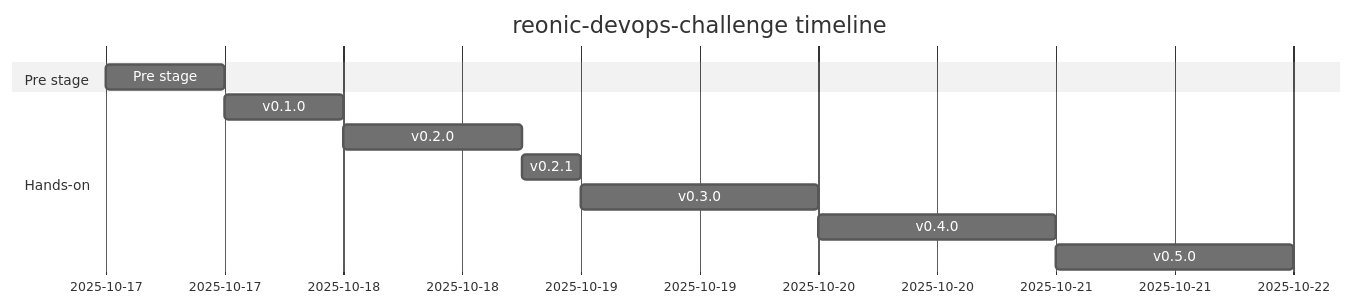
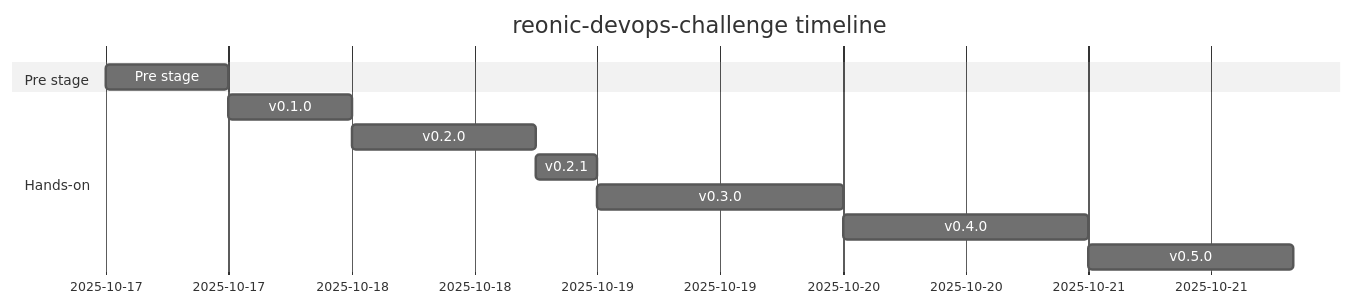
One commit to whisperpine/reonic-devops-challenge changed the diagram in SUBMISSION.md. Above: the diagram before and after it, drawn with Mermaid (neutral theme). The commit also changed other lines of this file, not shown here.

````diff
--- a/SUBMISSION.md
+++ b/SUBMISSION.md
@@ -30,14 +30,14 @@
 ```mermaid
 gantt
     title reonic-devops-challenge timeline
     dateFormat YYYY-MM-DD
     section Pre stage
         Pre stage   :a0, 2025-10-17, 12h
     section Hands-on
         v0.1.0      :a1, after a0, 12h
         v0.2.0      :a2, after a1, 18h
         v0.2.1      :a21, after a2, 6h
         v0.3.0      :a3, after a21, 1d
         v0.4.0      :a4, after a3, 1d
-        v0.5.0      :a5, after a4, 1d
+        v0.5.0      :a5, after a4, 20h
 ```
````
